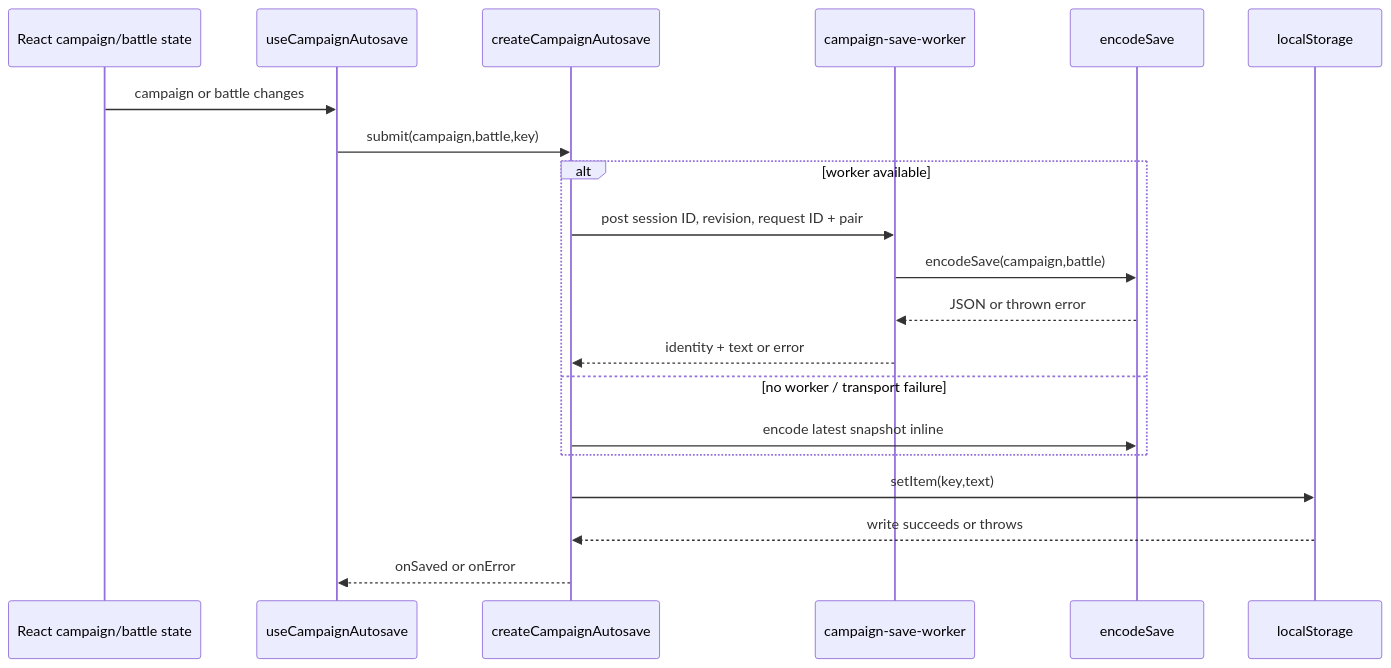
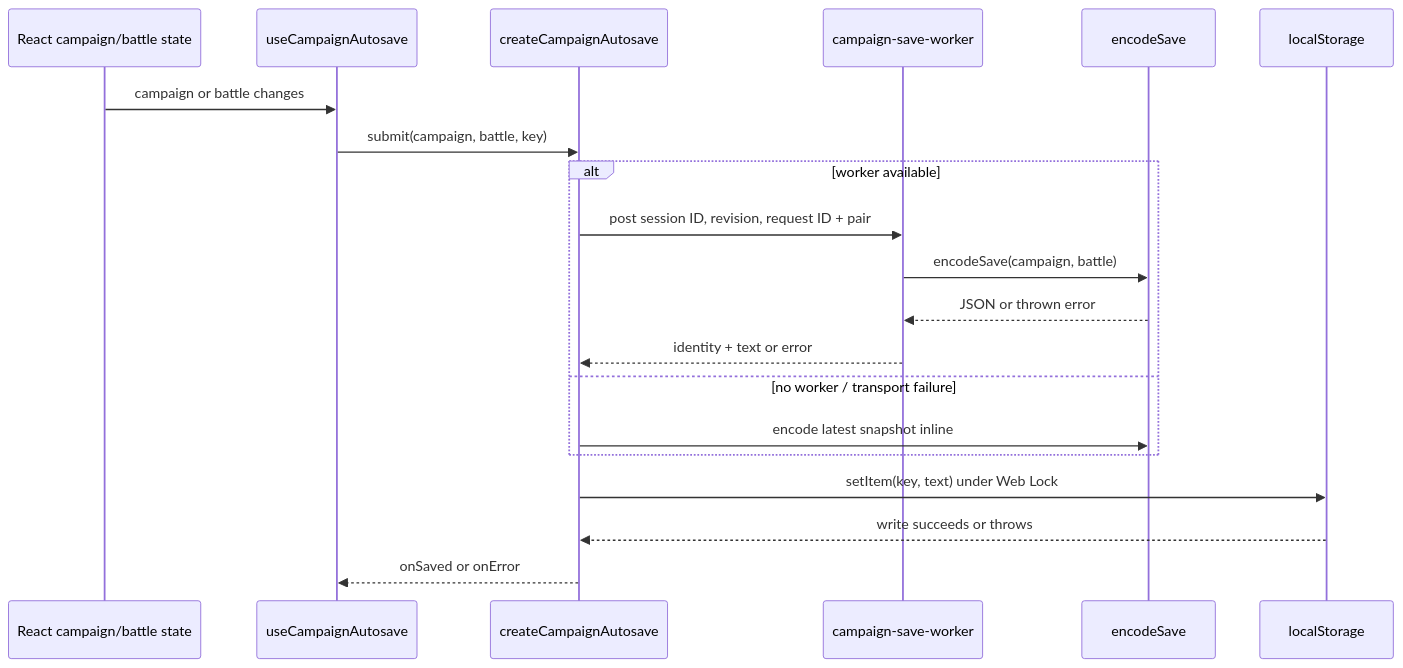
The first of 3 diagrams in docs/architecture/persistence.md (fsodano/granaderos), drawn with Mermaid before and after one commit. The commit also changed other lines of this file and 1182 other files, not shown here.

````diff
--- a/docs/architecture/persistence.md
+++ b/docs/architecture/persistence.md
@@ -119,22 +92,22 @@
 ```mermaid
 sequenceDiagram
   participant R as React campaign/battle state
   participant H as useCampaignAutosave
   participant Q as createCampaignAutosave
   participant W as campaign-save-worker
   participant E as encodeSave
   participant LS as localStorage
   R->>H: campaign or battle changes
-  H->>Q: submit(campaign,battle,key)
+  H->>Q: submit(campaign, battle, key)
   alt worker available
     Q->>W: post session ID, revision, request ID + pair
-    W->>E: encodeSave(campaign,battle)
+    W->>E: encodeSave(campaign, battle)
     E-->>W: JSON or thrown error
     W-->>Q: identity + text or error
   else no worker / transport failure
     Q->>E: encode latest snapshot inline
   end
-  Q->>LS: setItem(key,text)
+  Q->>LS: setItem(key, text) under Web Lock
   LS-->>Q: write succeeds or throws
   Q-->>H: onSaved or onError
 ```
````
